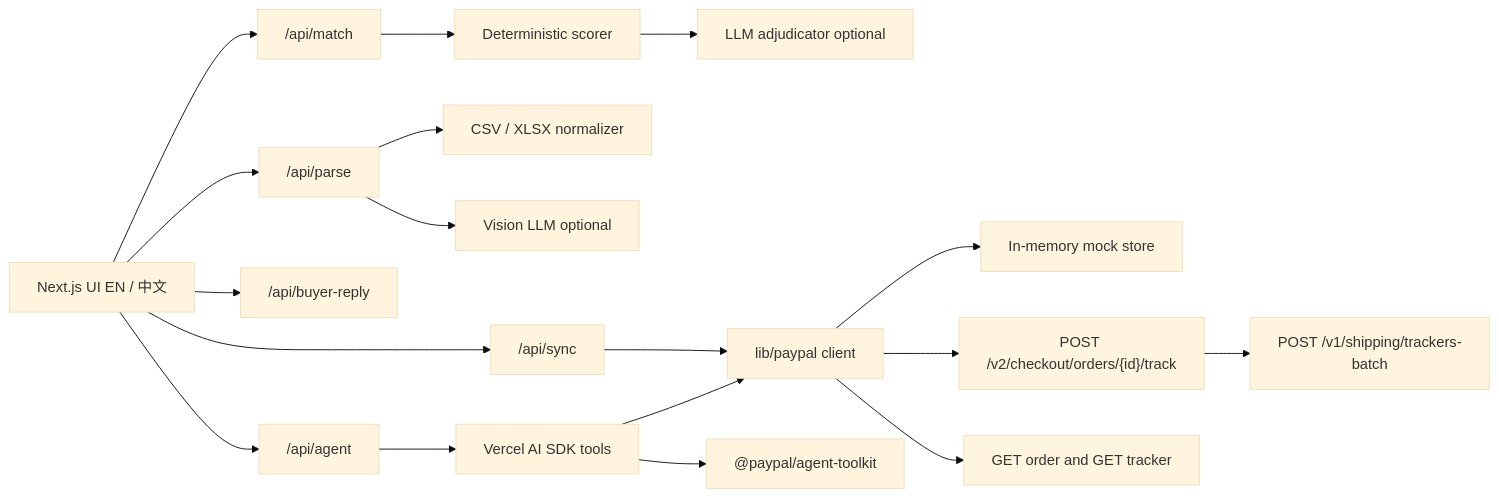
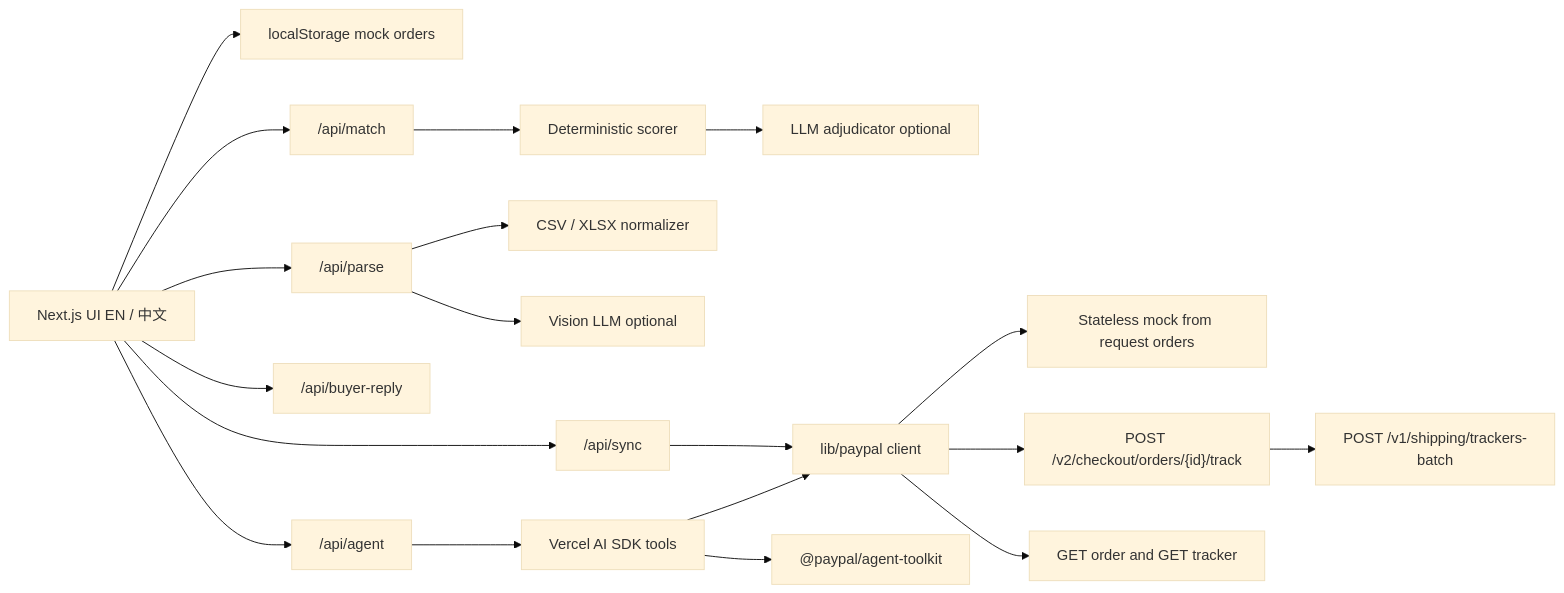
One commit to bxlh009/shipbridge changed the diagram in README.md. Above: the diagram before and after it, drawn with Mermaid (base theme). The commit also changed other lines of this file and 28 other files, not shown here.

First line of the commit message:
Keep mock PayPal state in the browser so serverless instances stay in sync.

````diff
--- a/README.md
+++ b/README.md
@@ -67,20 +67,21 @@
 ```mermaid
 flowchart LR
-  UI[Next.js UI EN / 中文] --> Parse["/api/parse"]
+  UI[Next.js UI EN / 中文] --> Local[localStorage mock orders]
+  UI --> Parse["/api/parse"]
   UI --> Match["/api/match"]
   UI --> Sync["/api/sync"]
   UI --> Reply["/api/buyer-reply"]
   UI --> Agent["/api/agent"]
   Parse --> Norm[CSV / XLSX normalizer]
   Parse --> Vision[Vision LLM optional]
   Match --> Score[Deterministic scorer]
   Score --> Adj[LLM adjudicator optional]
-  Sync --> Client[lib/paypal client]
-  Client --> Mock[In-memory mock store]
-  Client --> V2["POST /v2/checkout/orders/{id}/track"]
+  Sync --> PayPalClient[lib/paypal client]
+  PayPalClient --> Mock[Stateless mock from request orders]
+  PayPalClient --> V2["POST /v2/checkout/orders/{id}/track"]
   V2 --> V1["POST /v1/shipping/trackers-batch"]
-  Client --> Read[GET order and GET tracker]
+  PayPalClient --> Read[GET order and GET tracker]
   Agent --> AISDK[Vercel AI SDK tools]
   AISDK --> Toolkit["@paypal/agent-toolkit"]
-  AISDK --> Client
+  AISDK --> PayPalClient
 ```
````
